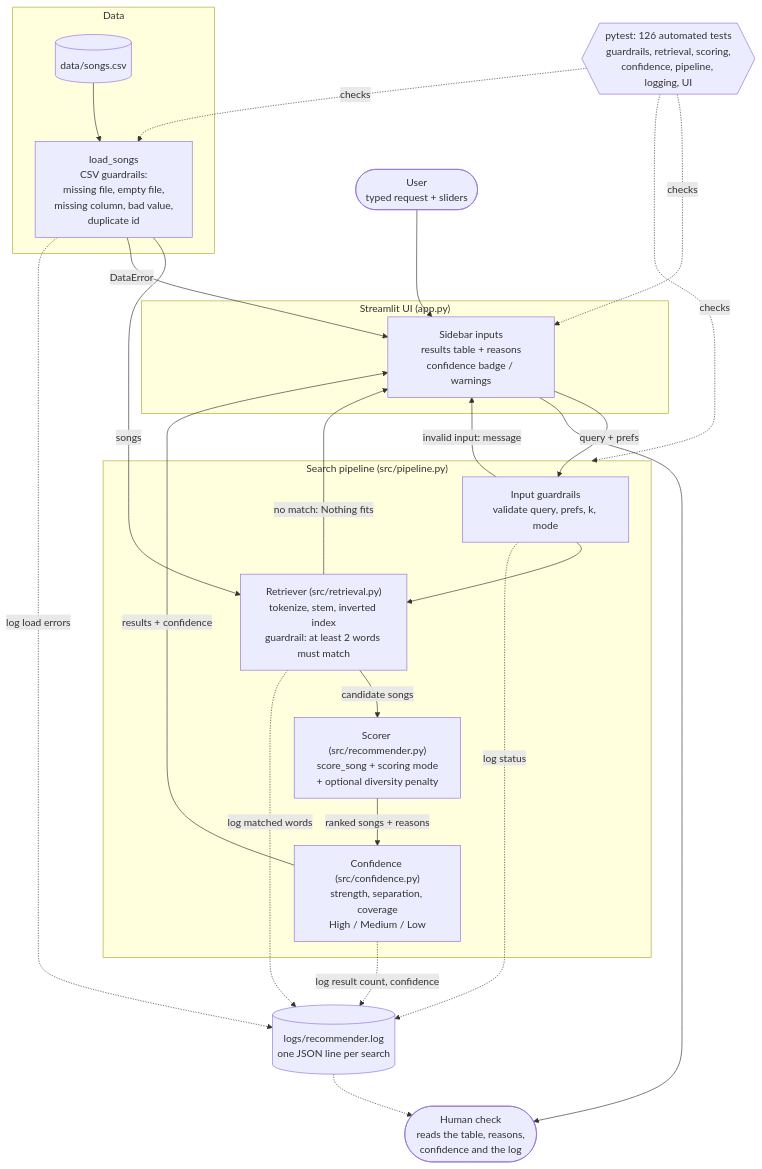
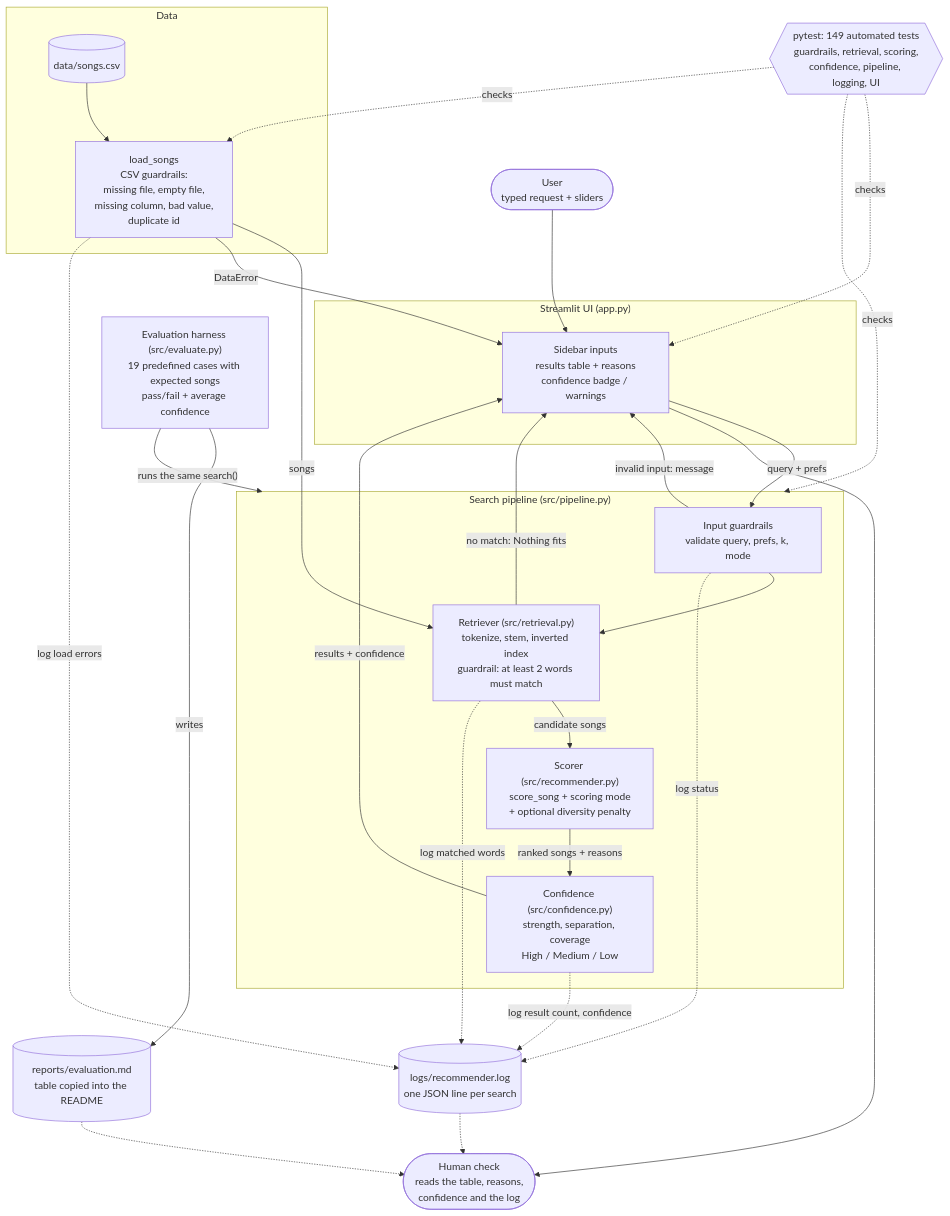
Before and after one commit to virtonen/applied-ai-system-project: the diagram in diagrams/architecture.mmd, drawn with Mermaid. The commit also changed 6 other files, not shown here.

Commit message:
Evaluation harness

```diff
--- a/diagrams/architecture.mmd
+++ b/diagrams/architecture.mmd
@@ -1,48 +1,55 @@
-%% VibeMatch system architecture (current: logging, guardrails, confidence).
+%% VibeMatch system architecture (current: logging, guardrails, confidence, evaluation harness).
 %% Render with any Mermaid viewer, for example the Mermaid Live Editor or GitHub.
 flowchart TD
     USER(["User<br/>typed request + sliders"])
     HUMAN(["Human check<br/>reads the table, reasons,<br/>confidence and the log"])
 
     subgraph APP["Streamlit UI (app.py)"]
         UI["Sidebar inputs<br/>results table + reasons<br/>confidence badge / warnings"]
     end
 
     subgraph DATA["Data"]
         CSV[("data/songs.csv")]
         LOAD["load_songs<br/>CSV guardrails:<br/>missing file, empty file,<br/>missing column, bad value,<br/>duplicate id"]
     end
 
     subgraph PIPE["Search pipeline (src/pipeline.py)"]
         GUARD["Input guardrails<br/>validate query, prefs, k, mode"]
         RETR["Retriever (src/retrieval.py)<br/>tokenize, stem, inverted index<br/>guardrail: at least 2 words must match"]
         SCORE["Scorer (src/recommender.py)<br/>score_song + scoring mode<br/>+ optional diversity penalty"]
         CONF["Confidence (src/confidence.py)<br/>strength, separation, coverage<br/>High / Medium / Low"]
     end
 
     LOG[("logs/recommender.log<br/>one JSON line per search")]
-    TESTS{{"pytest: 126 automated tests<br/>guardrails, retrieval, scoring,<br/>confidence, pipeline, logging, UI"}}
+    TESTS{{"pytest: 149 automated tests<br/>guardrails, retrieval, scoring,<br/>confidence, pipeline, logging, UI"}}
+
+    EVAL["Evaluation harness (src/evaluate.py)<br/>19 predefined cases with expected songs<br/>pass/fail + average confidence"]
+    REPORT[("reports/evaluation.md<br/>table copied into the README")]
 
     CSV --> LOAD
     LOAD -->|"songs"| RETR
     LOAD -->|"DataError"| UI
 
     USER --> UI
     UI -->|"query + prefs"| GUARD
     GUARD -->|"invalid input: message"| UI
     GUARD --> RETR
     RETR -->|"no match: Nothing fits"| UI
     RETR -->|"candidate songs"| SCORE
     SCORE -->|"ranked songs + reasons"| CONF
     CONF -->|"results + confidence"| UI
     UI --> HUMAN
 
     GUARD -.->|"log status"| LOG
     RETR -.->|"log matched words"| LOG
     CONF -.->|"log result count, confidence"| LOG
     LOAD -.->|"log load errors"| LOG
     LOG -.-> HUMAN
 
     TESTS -.->|"checks"| LOAD
     TESTS -.->|"checks"| PIPE
     TESTS -.->|"checks"| UI
+
+    EVAL -->|"runs the same search()"| PIPE
+    EVAL -->|"writes"| REPORT
+    REPORT -.-> HUMAN
```
